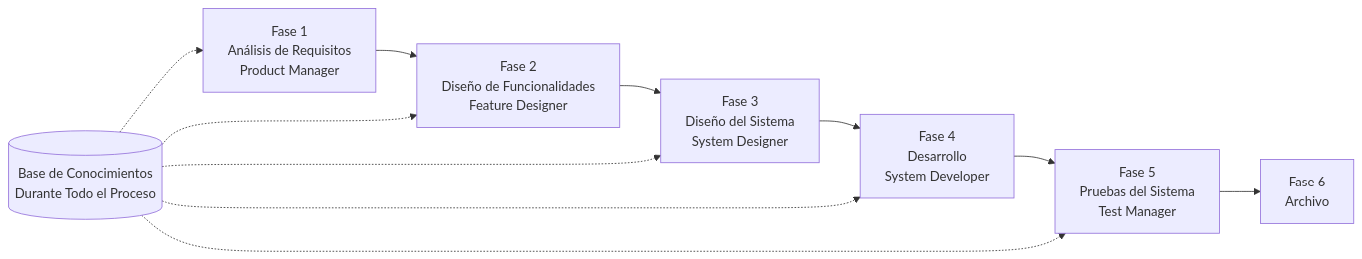
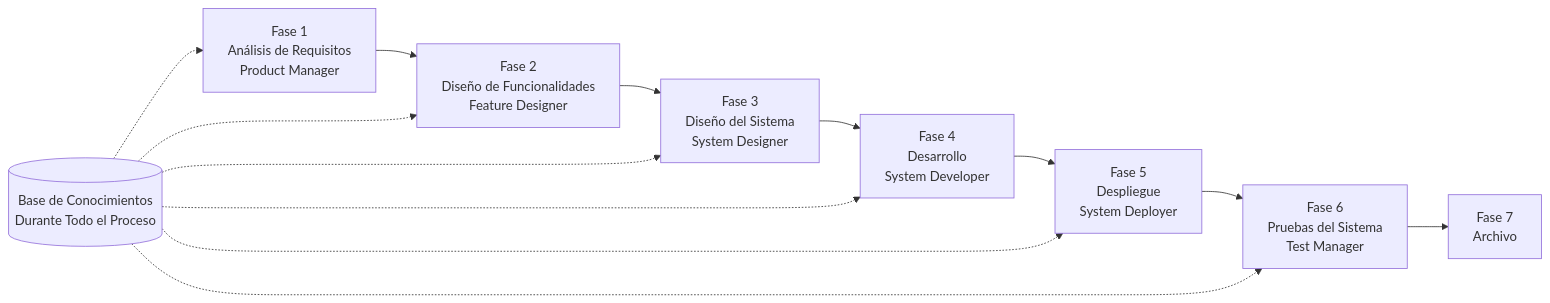
One commit to charlesmu99/speccrew changed the diagram in docs/GETTING-STARTED.es.md. Above: the diagram before and after it, drawn with Mermaid. The commit also changed other lines of this file and 35 other files, not shown here.

````diff
--- a/docs/GETTING-STARTED.es.md
+++ b/docs/GETTING-STARTED.es.md
@@ -144,14 +144,16 @@
 ```mermaid
 flowchart LR
     PRD[Fase 1<br/>Análisis de Requisitos<br/>Product Manager] --> FD[Fase 2<br/>Diseño de Funcionalidades<br/>Feature Designer]
     FD --> SD[Fase 3<br/>Diseño del Sistema<br/>System Designer]
     SD --> DEV[Fase 4<br/>Desarrollo<br/>System Developer]
-    DEV --> TEST[Fase 5<br/>Pruebas del Sistema<br/>Test Manager]
-    TEST --> ARCHIVE[Fase 6<br/>Archivo]
+    DEV --> DEPLOY[Fase 5<br/>Despliegue<br/>System Deployer]
+    DEPLOY --> TEST[Fase 6<br/>Pruebas del Sistema<br/>Test Manager]
+    TEST --> ARCHIVE[Fase 7<br/>Archivo]
     
     KB[(Base de Conocimientos<br/>Durante Todo el Proceso)] -.-> PRD
     KB -.-> FD
     KB -.-> SD
     KB -.-> DEV
+    KB -.-> DEPLOY
     KB -.-> TEST
 ```
````
